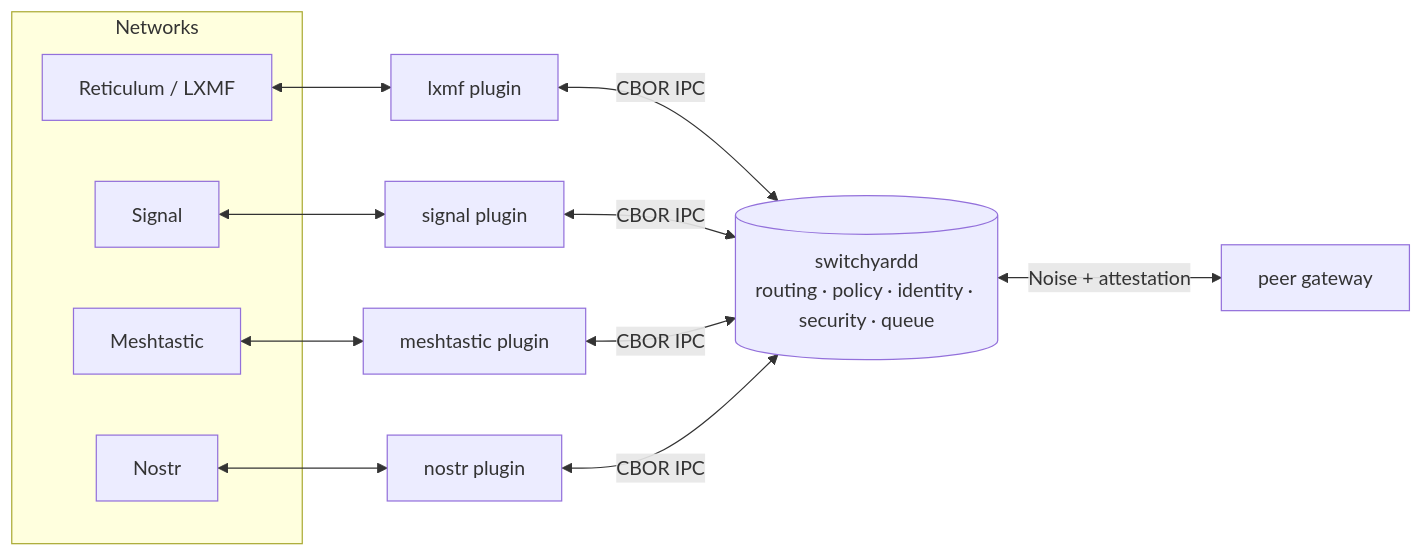
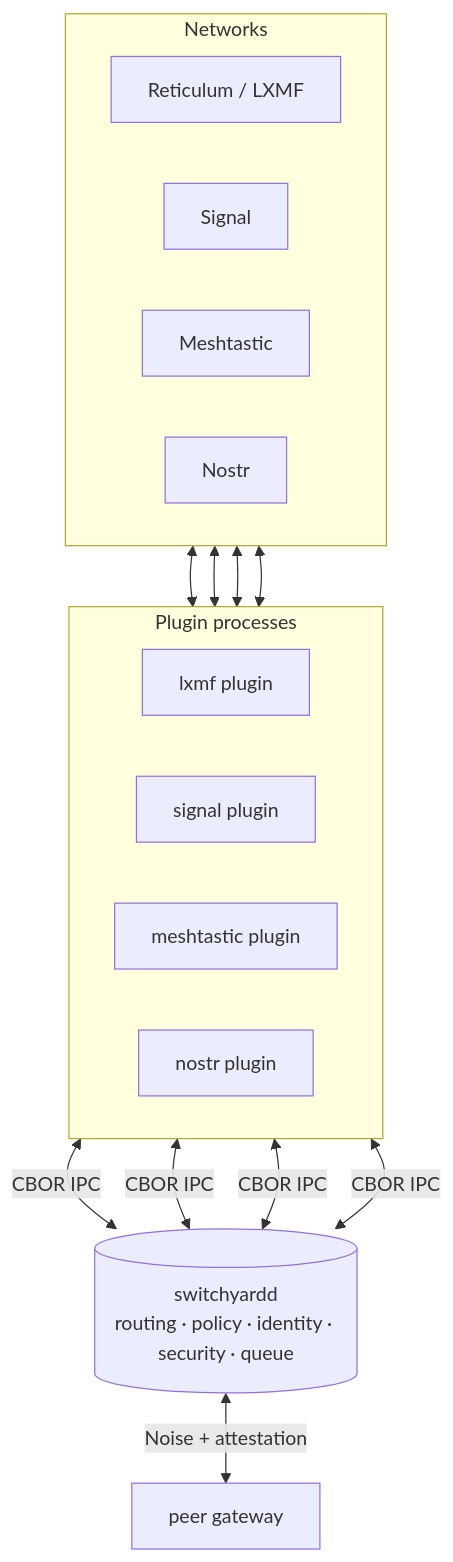
The diagram in docs/index.md (RelayFabric/RelayFabric), drawn with Mermaid before and after one commit. The commit also changed 1 other file, not shown here.

Commit message:
docs: fix unreadable mermaid diagrams — LR to TB layout
The 'Runtime shape' flowchart in architecture.md rendered as an
unreadable horizontal strip in the page-width docs container (flowchart
LR with the full ingress->pipeline->egress chain). Reflow top-to-bottom
so the daemon pipeline reads as a legible vertical stage sequence and
each tier (native networks / plugins / daemon / plugins / networks)
stacks clearly. Same fix applied proactively to the homepage diagram in
index.md (the most-seen one, same LR-width tendency), and its label
switched from the unreliable \n to <br/>. Both rendered with mermaid-cli
to confirm valid syntax and readability. The small 3-node LR example in
SPEC.md is left as-is (LR is fine at that size).

````diff
--- a/docs/index.md
+++ b/docs/index.md
@@ -40,15 +40,23 @@
 ```mermaid
-flowchart LR
+flowchart TB
   subgraph Networks
+    direction LR
     R[Reticulum / LXMF]
     S[Signal]
     M[Meshtastic]
     N[Nostr]
   end
-  R <--> PR[lxmf plugin]
-  S <--> PS[signal plugin]
-  M <--> PM[meshtastic plugin]
-  N <--> PN[nostr plugin]
-  PR & PS & PM & PN <-->|CBOR IPC| D[(switchyardd\nrouting · policy · identity · security · queue)]
+  subgraph Plugins["Plugin processes"]
+    direction LR
+    PR[lxmf plugin]
+    PS[signal plugin]
+    PM[meshtastic plugin]
+    PN[nostr plugin]
+  end
+  R <--> PR
+  S <--> PS
+  M <--> PM
+  N <--> PN
+  PR & PS & PM & PN <-->|CBOR IPC| D[("switchyardd<br/>routing · policy · identity · security · queue")]
   D <-->|Noise + attestation| F[peer gateway]
 ```
````
